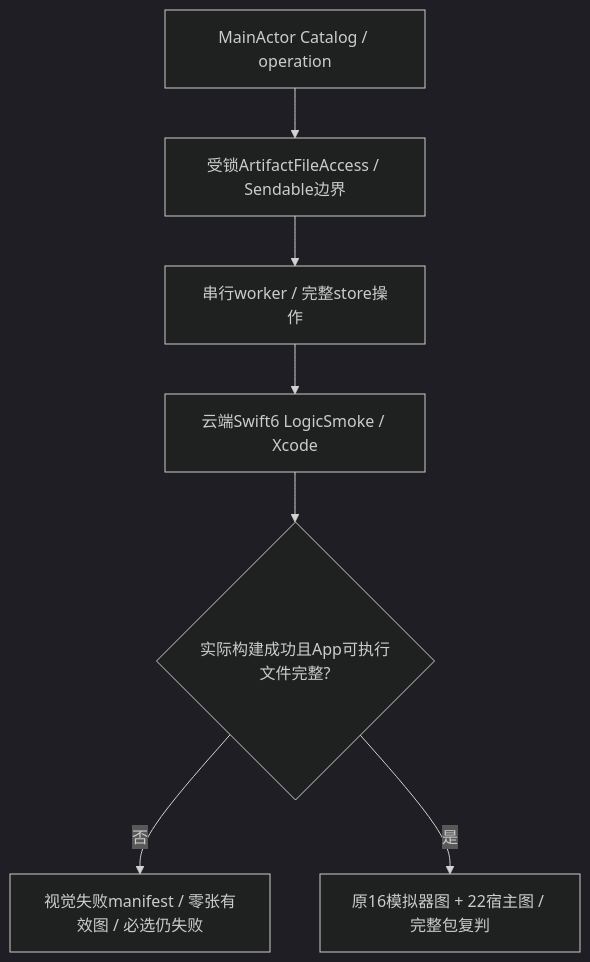
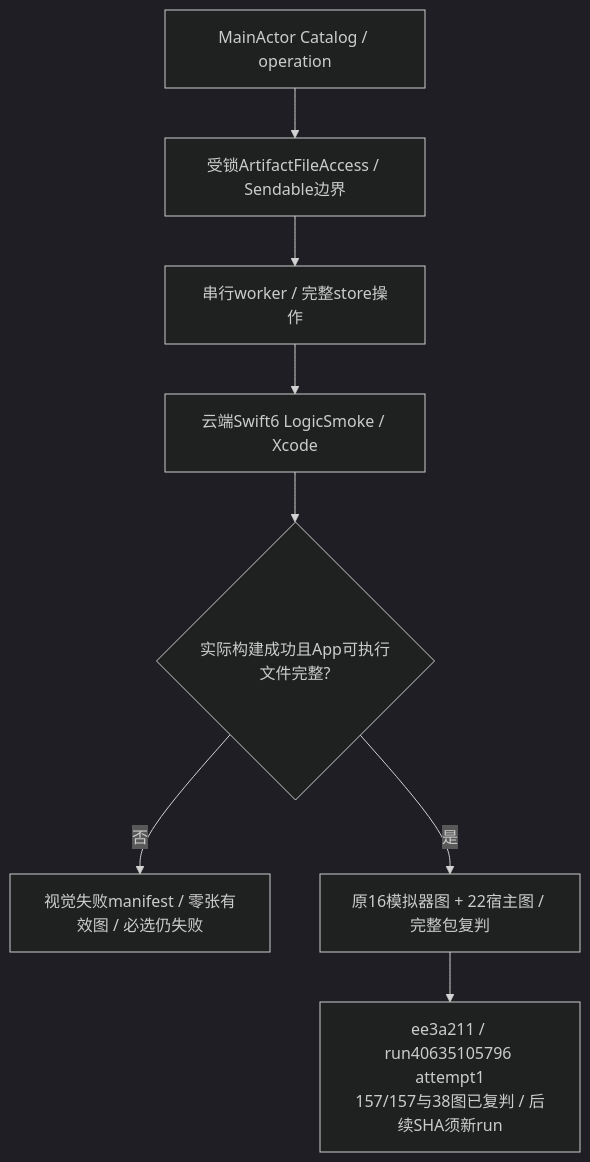
One commit to Altman-sam114/113 changed the first of 29 diagrams in md/flow/flowchart.md. Above: the diagram before and after it, drawn with Mermaid (dark theme). The commit also changed 7 other files, not shown here.

Commit message:
v3.9.1: 记录事务导入与38图云端验收

````diff
--- a/md/flow/flowchart.md
+++ b/md/flow/flowchart.md
@@ -7,11 +7,13 @@
 ```mermaid
 flowchart TD
     %% 原始FileManager只在封装内借用，完整操作受锁保护
     Catalog[MainActor Catalog / operation] --> Access[受锁ArtifactFileAccess / Sendable边界]
     Access --> Worker[串行worker / 完整store操作]
     %% 编译/运行仍只在云端，不用降级语言或忽略并发诊断
     Cloud[云端Swift6 LogicSmoke / Xcode] --> Build{实际构建成功且App可执行文件完整?}
     Build -- 否 --> Failure[视觉失败manifest / 零张有效图 / 必选仍失败]
     Build -- 是 --> Capture[原16模拟器图 + 22宿主图 / 完整包复判]
+    %% 验收仅绑定实际代码身份，不自动覆盖后续提交或发布
+    Capture --> Accepted[ee3a211 / run40635105796 attempt1<br/>157/157与38图已复判 / 后续SHA须新run]
     Worker --> Cloud
 ```
````
